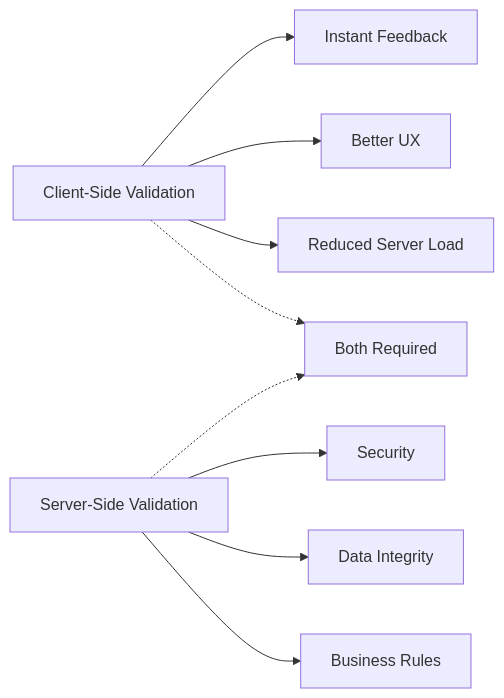
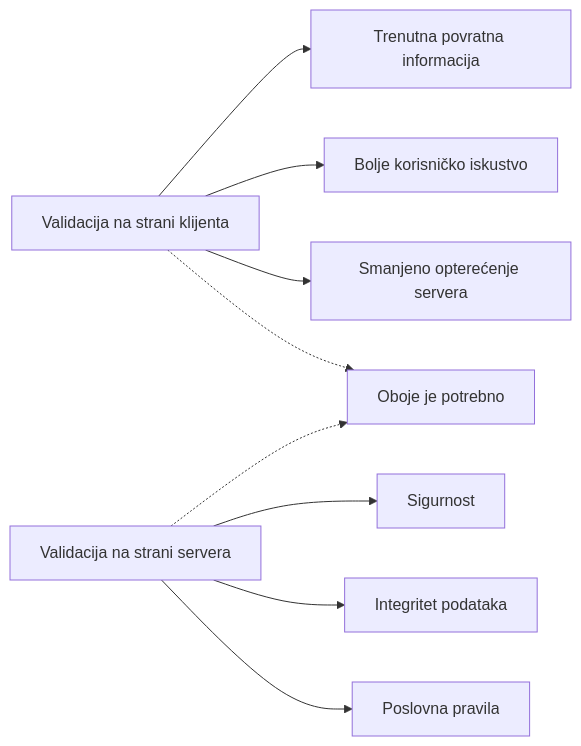
The eighth of 9 diagrams in translations/hr/7-bank-project/2-forms/README.md (microsoft/Web-Dev-For-Beginners), drawn with Mermaid before and after one commit. The commit also changed other lines of this file and 41 other files, not shown here.

````diff
--- a/translations/hr/7-bank-project/2-forms/README.md
+++ b/translations/hr/7-bank-project/2-forms/README.md
@@ -670,13 +796,13 @@
 ```mermaid
 graph LR
-    A[Client-Side Validation] --> B[Instant Feedback]
-    A --> C[Better UX]
-    A --> D[Reduced Server Load]
+    A[Validacija na strani klijenta] --> B[Trenutna povratna informacija]
+    A --> C[Bolje korisničko iskustvo]
+    A --> D[Smanjeno opterećenje servera]
     
-    E[Server-Side Validation] --> F[Security]
-    E --> G[Data Integrity]
-    E --> H[Business Rules]
+    E[Validacija na strani servera] --> F[Sigurnost]
+    E --> G[Integritet podataka]
+    E --> H[Poslovna pravila]
     
-    A -.-> I[Both Required]
+    A -.-> I[Oboje je potrebno]
     E -.-> I
 ```
````
